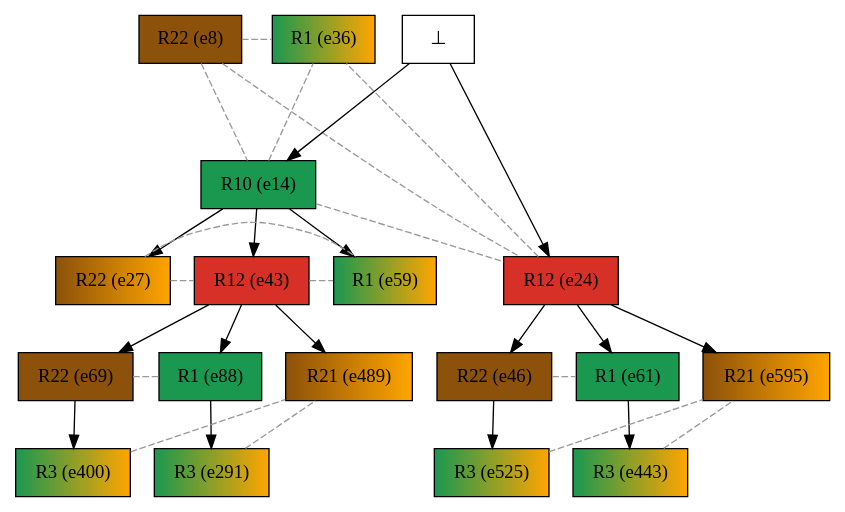
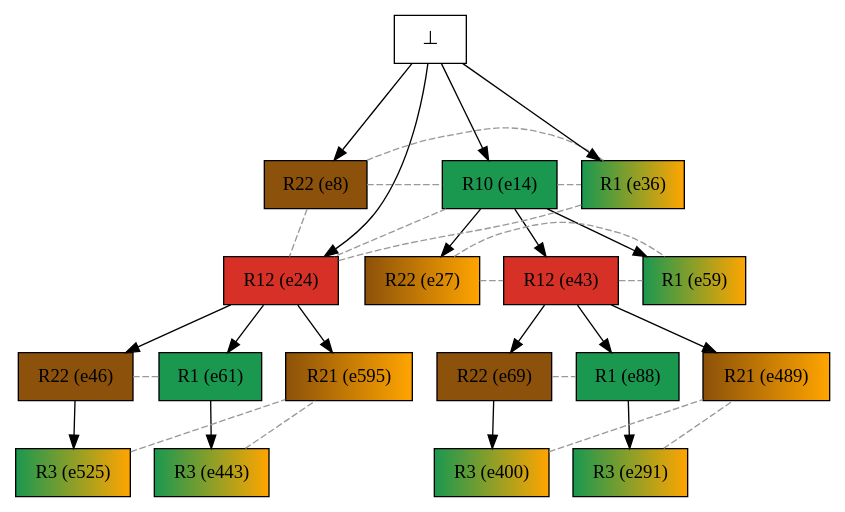
Before and after one commit to giannkas/ecofolder: the diagram in examples/oursin_tasmanie/mrk_instances/urc2alg+/sorted/tasmanie_urc2alg_19-30confs/tasmanie_urc2alg_19-30confs_colored_pathway.dot, drawn with Graphviz. The commit also changed 1 other file, not shown here.

```diff
--- a/examples/oursin_tasmanie/mrk_instances/urc2alg+/sorted/tasmanie_urc2alg_19-30confs/tasmanie_urc2alg_19-30confs_colored_pathway.dot
+++ b/examples/oursin_tasmanie/mrk_instances/urc2alg+/sorted/tasmanie_urc2alg_19-30confs/tasmanie_urc2alg_19-30confs_colored_pathway.dot
@@ -1,54 +1,56 @@
 digraph test {
 
 //conflicts
   e8 -> e14 [arrowhead=none color=gray60 style=dashed constraint=false];
   e8 -> e24 [arrowhead=none color=gray60 style=dashed constraint=false];
   e8 -> e36 [arrowhead=none color=gray60 style=dashed constraint=false];
   e14 -> e24 [arrowhead=none color=gray60 style=dashed constraint=false];
   e14 -> e36 [arrowhead=none color=gray60 style=dashed constraint=false];
   e24 -> e36 [arrowhead=none color=gray60 style=dashed constraint=false];
   e27 -> e43 [arrowhead=none color=gray60 style=dashed constraint=false];
   e27 -> e59 [arrowhead=none color=gray60 style=dashed constraint=false];
   e43 -> e59 [arrowhead=none color=gray60 style=dashed constraint=false];
   e46 -> e61 [arrowhead=none color=gray60 style=dashed constraint=false];
   e69 -> e88 [arrowhead=none color=gray60 style=dashed constraint=false];
   e291 -> e489 [arrowhead=none color=gray60 style=dashed constraint=false];
   e400 -> e489 [arrowhead=none color=gray60 style=dashed constraint=false];
   e443 -> e595 [arrowhead=none color=gray60 style=dashed constraint=false];
   e525 -> e595 [arrowhead=none color=gray60 style=dashed constraint=false];
 
   e14 -> e27 [minlen=1];
   e14 -> e59 [minlen=1];
   e88 -> e291 [minlen=1];
   e43 -> e88 [minlen=1];
   e14 -> e43 [minlen=1];
   e69 -> e400 [minlen=1];
   e43 -> e69 [minlen=1];
   e61 -> e443 [minlen=1];
   e24 -> e61 [minlen=1];
   e43 -> e489 [minlen=1];
   e46 -> e525 [minlen=1];
   e24 -> e46 [minlen=1];
   e24 -> e595 [minlen=1];
+  e0 -> e8 [minlen=2];
   e0 -> e14 [minlen=2];
   e0 -> e24 [minlen=3];
+  e0 -> e36 [minlen=2];
 
   e8 [color="black" fillcolor="#8c510a:#8c510a" label="R22 (e8)" shape=box style=filled];
   e14 [color="black" fillcolor="#1a9850:#1a9850" label="R10 (e14)" shape=box style=filled];
   e24 [color="black" fillcolor="#d73027:#d73027" label="R12 (e24)" shape=box style=filled];
   e27 [color="black" fillcolor="#8c510a:orange" label="R22 (e27)" shape=box style=filled];
   e36 [color="black" fillcolor="#1a9850:orange" label="R1 (e36)" shape=box style=filled];
   e43 [color="black" fillcolor="#d73027:#d73027" label="R12 (e43)" shape=box style=filled];
   e46 [color="black" fillcolor="#8c510a:#8c510a" label="R22 (e46)" shape=box style=filled];
   e59 [color="black" fillcolor="#1a9850:orange" label="R1 (e59)" shape=box style=filled];
   e61 [color="black" fillcolor="#1a9850:#1a9850" label="R1 (e61)" shape=box style=filled];
   e69 [color="black" fillcolor="#8c510a:#8c510a" label="R22 (e69)" shape=box style=filled];
   e88 [color="black" fillcolor="#1a9850:#1a9850" label="R1 (e88)" shape=box style=filled];
   e291 [color="black" fillcolor="#1a9850:orange" label="R3 (e291)" shape=box style=filled];
   e400 [color="black" fillcolor="#1a9850:orange" label="R3 (e400)" shape=box style=filled];
   e443 [color="black" fillcolor="#1a9850:orange" label="R3 (e443)" shape=box style=filled];
   e489 [color="black" fillcolor="#8c510a:orange" label="R21 (e489)" shape=box style=filled];
   e525 [color="black" fillcolor="#1a9850:orange" label="R3 (e525)" shape=box style=filled];
   e595 [color="black" fillcolor="#8c510a:orange" label="R21 (e595)" shape=box style=filled];
   e0 [fillcolor="white" label="⊥" shape=box style=filled];
 }
```
